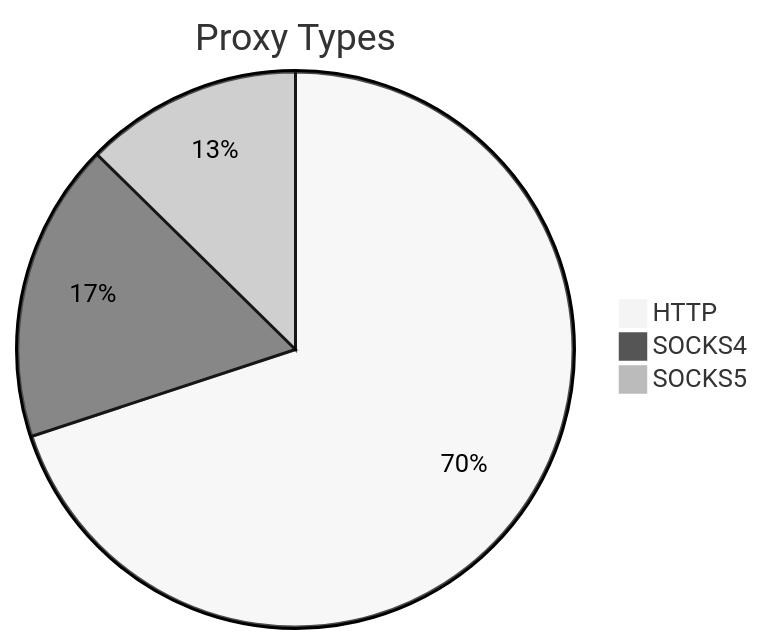
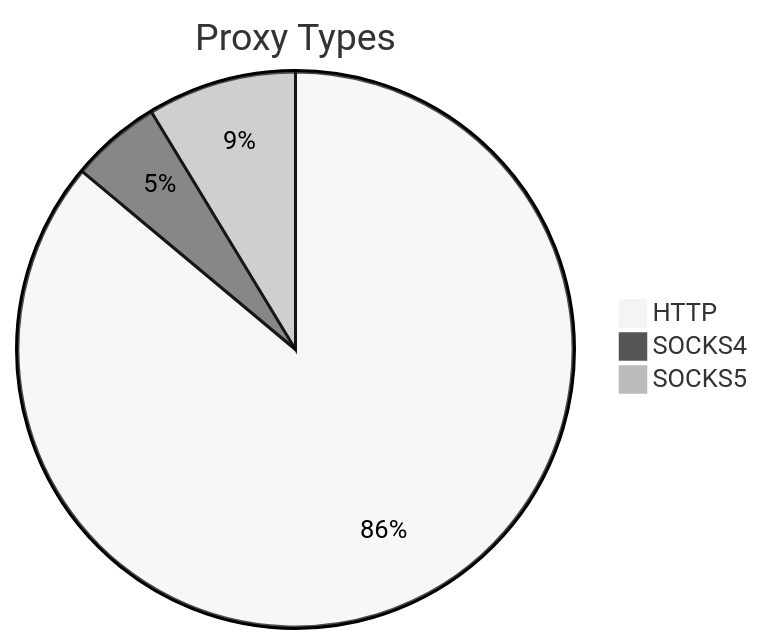
The first of 2 diagrams in README.md (stormsia/proxy-list), drawn with Mermaid (neutral theme) before and after one commit. The commit also changed other lines of this file, not shown here.

````diff
--- a/README.md
+++ b/README.md
@@ -21,6 +21,6 @@
 ```mermaid
 pie title Proxy Types
-    "HTTP" : 570
-    "SOCKS4" : 142
-    "SOCKS5" : 103
+    "HTTP" : 377
+    "SOCKS4" : 23
+    "SOCKS5" : 38
 ```
````
